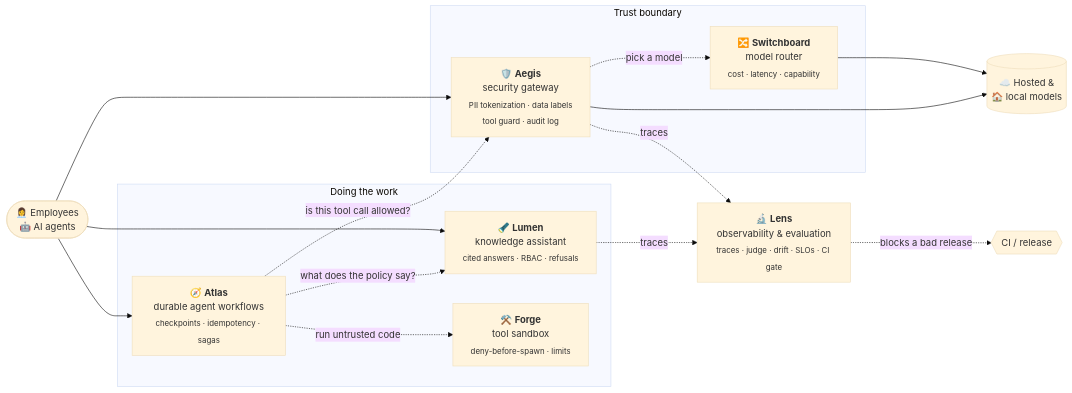
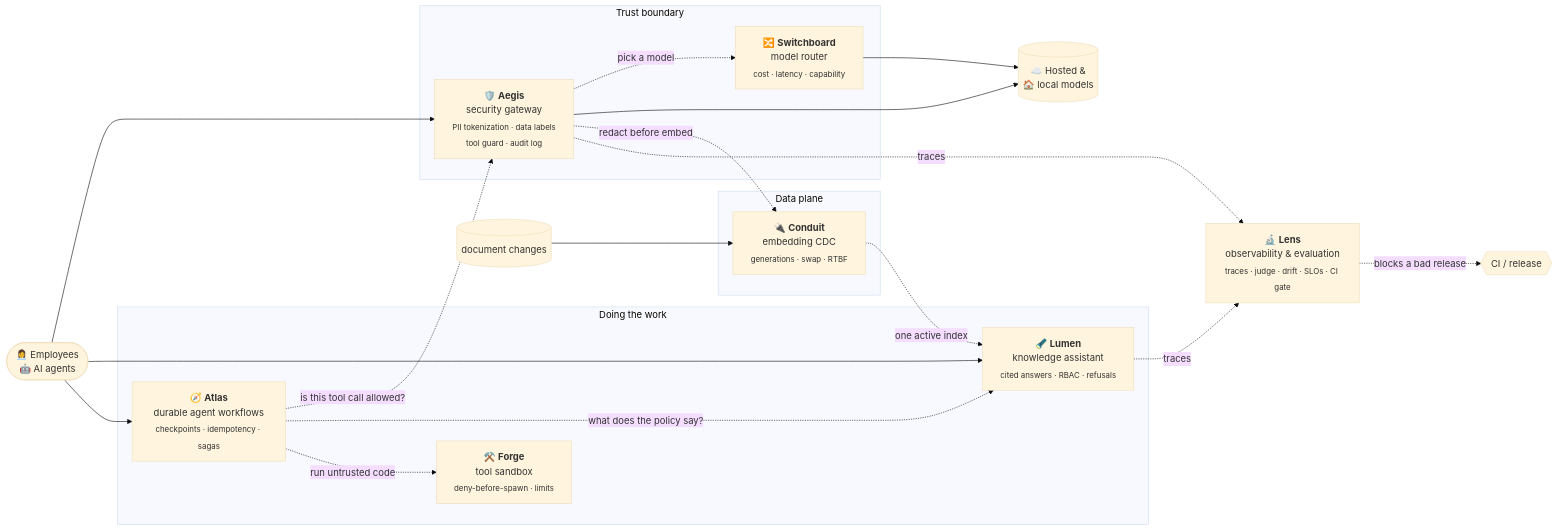
One commit to kumarlakshya24/enterprise-ai-platform changed the diagram in README.md. Above: the diagram before and after it, drawn with Mermaid (base theme). The commit also changed other lines of this file and 47 other files, not shown here.

First line of the commit message:
Add Conduit, an offline embedding CDC pipeline

````diff
--- a/README.md
+++ b/README.md
@@ -47,28 +49,36 @@
 ```mermaid
 flowchart LR
   U(["👩‍💼 Employees<br/>🤖 AI agents"]) --> AEG
 
   subgraph EDGE["Trust boundary"]
     AEG["🛡️ <b>Aegis</b><br/>security gateway<br/><sub>PII tokenization · data labels<br/>tool guard · audit log</sub>"]
     SW["🔀 <b>Switchboard</b><br/>model router<br/><sub>cost · latency · capability</sub>"]
   end
 
   subgraph WORK["Doing the work"]
     LUM["🔦 <b>Lumen</b><br/>knowledge assistant<br/><sub>cited answers · RBAC · refusals</sub>"]
     ATL["🧭 <b>Atlas</b><br/>durable agent workflows<br/><sub>checkpoints · idempotency · sagas</sub>"]
     FRG["⚒️ <b>Forge</b><br/>tool sandbox<br/><sub>deny-before-spawn · limits</sub>"]
   end
 
   AEG -. "pick a model" .-> SW --> LLM[("☁️ Hosted &<br/>🏠 local models")]
   AEG --> LLM
   U --> LUM
   U --> ATL
   ATL -. "is this tool call allowed?" .-> AEG
   ATL -. "what does the policy say?" .-> LUM
   ATL -. "run untrusted code" .-> FRG
 
+  subgraph DATA["Data plane"]
+    CON["🔌 <b>Conduit</b><br/>embedding CDC<br/><sub>generations · swap · RTBF</sub>"]
+  end
+
+  DOCS[("document changes")] --> CON
+  AEG -. "redact before embed" .-> CON
+  CON -. "one active index" .-> LUM
+
   LENS["🔬 <b>Lens</b><br/>observability & evaluation<br/><sub>traces · judge · drift · SLOs · CI gate</sub>"]
   AEG -. traces .-> LENS
   LUM -. traces .-> LENS
   LENS -. "blocks a bad release" .-> CI{{"CI / release"}}
 ```
````
